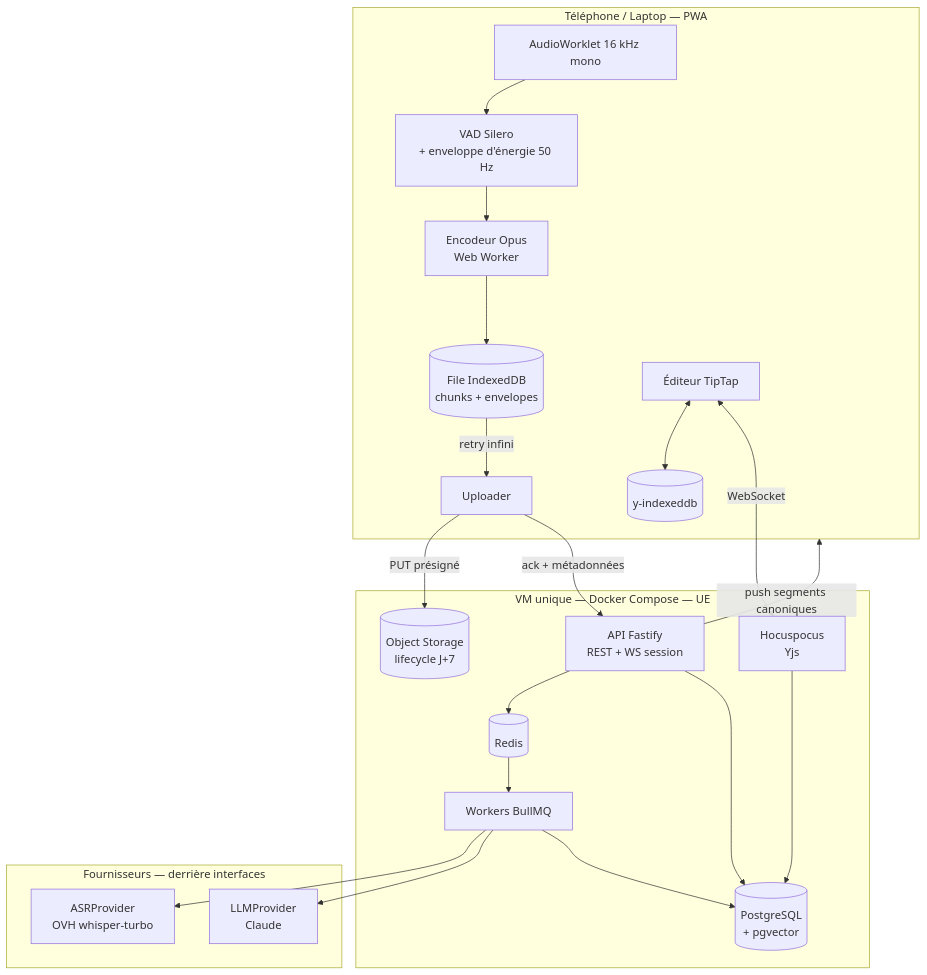
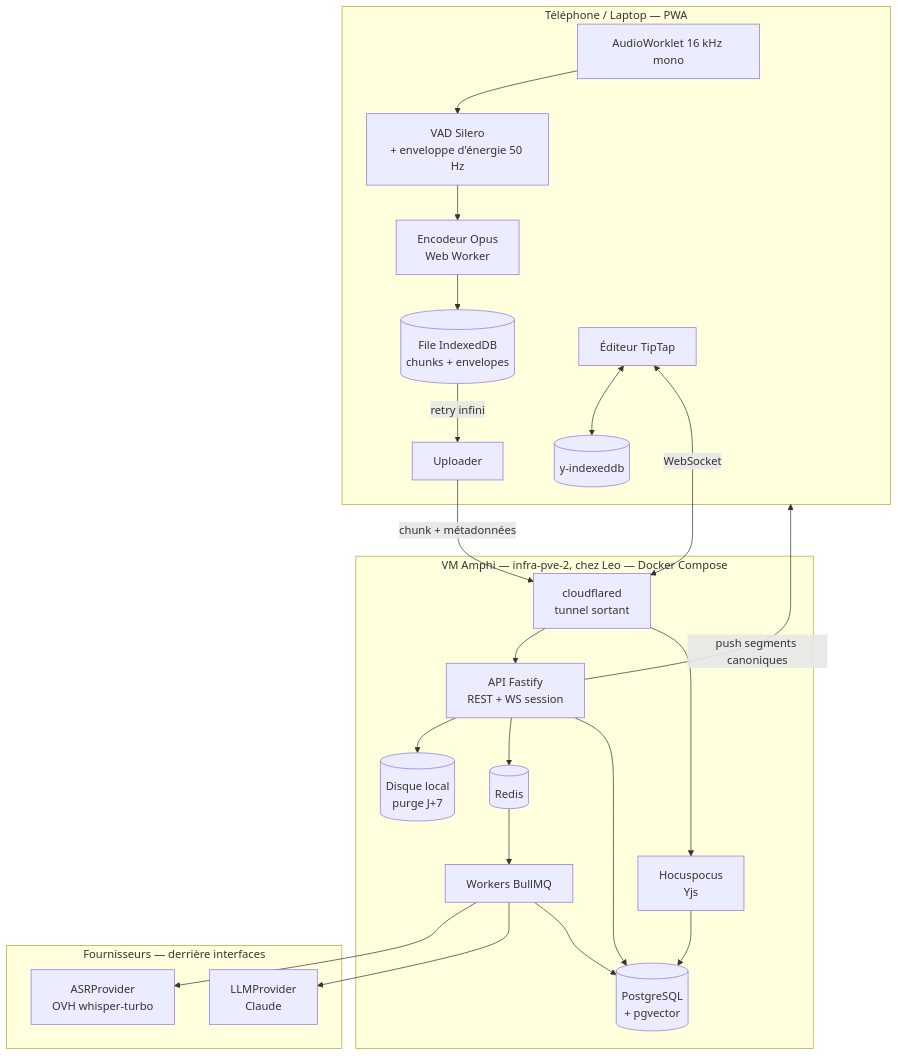
The first of 3 diagrams in ARCHITECTURE.md (Leo-bncf/Amphi), drawn with Mermaid before and after one commit. The commit also changed other lines of this file, not shown here.

````diff
--- a/ARCHITECTURE.md
+++ b/ARCHITECTURE.md
@@ -40,35 +41,38 @@
 ```mermaid
 graph TB
     subgraph Client["Téléphone / Laptop — PWA"]
         MIC["AudioWorklet 16 kHz mono"] --> VAD["VAD Silero<br/>+ enveloppe d'énergie 50 Hz"]
         VAD --> ENC["Encodeur Opus<br/>Web Worker"]
         ENC --> Q[("File IndexedDB<br/>chunks + envelopes")]
         Q -->|"retry infini"| UP["Uploader"]
         ED["Éditeur TipTap"] <--> YIDB[("y-indexeddb")]
     end
 
-    subgraph Edge["VM unique — Docker Compose — UE"]
+    subgraph Edge["VM Amphi — infra-pve-2, chez Leo — Docker Compose"]
+        CFT["cloudflared<br/>tunnel sortant"]
         API["API Fastify<br/>REST + WS session"]
         RT["Hocuspocus<br/>Yjs"]
         W["Workers BullMQ"]
         PG[("PostgreSQL<br/>+ pgvector")]
         RD[("Redis")]
-        S3[("Object Storage<br/>lifecycle J+7")]
+        FS[("Disque local<br/>purge J+7")]
     end
 
     subgraph Ext["Fournisseurs — derrière interfaces"]
         ASR["ASRProvider<br/>OVH whisper-turbo"]
         LLM["LLMProvider<br/>Claude"]
     end
 
-    UP -->|"PUT présigné"| S3
-    UP -->|"ack + métadonnées"| API
-    ED <-->|"WebSocket"| RT
+    UP -->|"chunk + métadonnées"| CFT
+    ED <-->|"WebSocket"| CFT
+    CFT --> API
+    CFT --> RT
+    API --> FS
     API --> RD --> W
     W --> ASR
     W --> LLM
     W --> PG
     API --> PG
     RT --> PG
     API -->|"push segments canoniques"| Client
 ```
````
